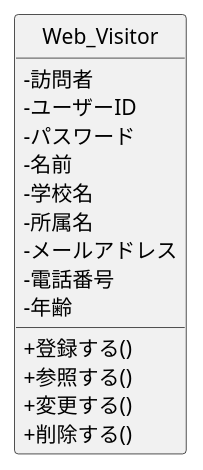
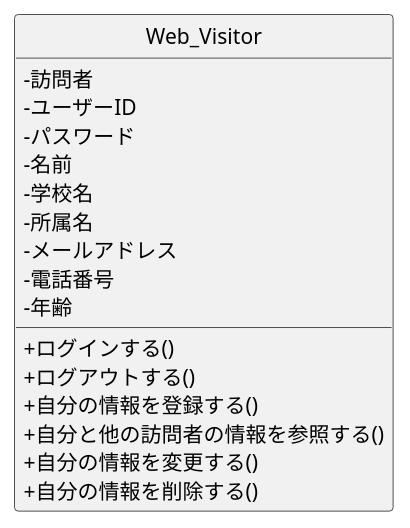
Before and after one commit to oharayu/ohara_uml: the diagram in group/07_web_visitor_3_2/class.pu, drawn with PlantUML. The commit also changed 2 other files, not shown here.

```diff
--- a/group/07_web_visitor_3_2/class.pu
+++ b/group/07_web_visitor_3_2/class.pu
@@ -1,22 +1,24 @@
 @startuml Web_Visitorクラス図
 skinparam classAttributeIconSize 0
 hide circle
 
 class Web_Visitor {
 -訪問者
 -ユーザーID
 -パスワード
 -名前
 -学校名
 -所属名
 -メールアドレス
 -電話番号
 -年齢
 
- +登録する()
- +参照する()
- +変更する()
- +削除する()
+ +ログインする()
+ +ログアウトする()
+ +自分の情報を登録する()
+ +自分と他の訪問者の情報を参照する()
+ +自分の情報を変更する()
+ +自分の情報を削除する()
 }
 
 @enduml
```
